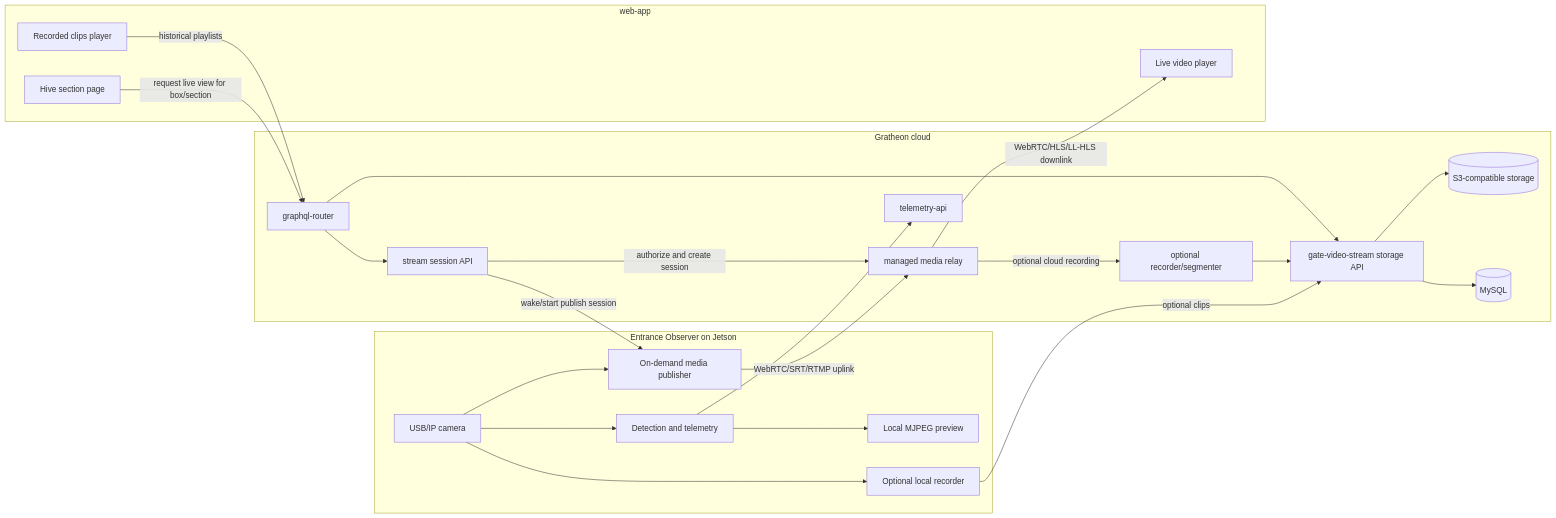
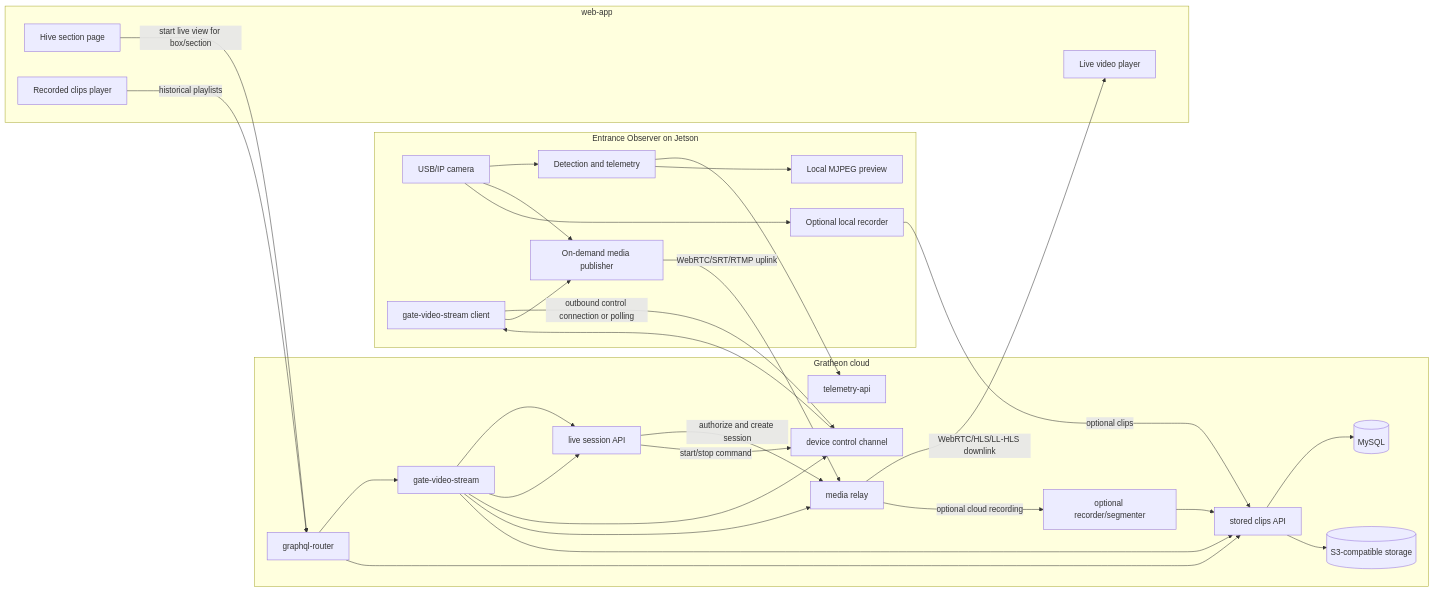
One commit to Gratheon/website2 changed the diagram in content/docs/entrance-observer/On-demand entrance video streaming.md. Above: the diagram before and after it, drawn with Mermaid. The commit also changed other lines of this file and 1 other file, not shown here.

Commit message:
Clarify gate-video-stream live video gateway role

````diff
--- a/content/docs/entrance-observer/On-demand entrance video streaming.md
+++ b/content/docs/entrance-observer/On-demand entrance video streaming.md
@@ -35,48 +43,60 @@
 ```mermaid
 flowchart LR
   subgraph Edge[Entrance Observer on Jetson]
     camera[USB/IP camera]
     detector[Detection and telemetry]
     localPreview[Local MJPEG preview]
     publisher[On-demand media publisher]
     recorder[Optional local recorder]
+    deviceClient[gate-video-stream client]
   end
 
   subgraph Cloud[Gratheon cloud]
     graphql[graphql-router]
-    signaling[stream session API]
-    relay[managed media relay]
+    gate[gate-video-stream]
+    liveApi[live session API]
+    control[device control channel]
+    relay[media relay]
     recorderSvc[optional recorder/segmenter]
-    gate[gate-video-stream storage API]
+    storedApi[stored clips API]
     telemetry[telemetry-api]
     s3[(S3-compatible storage)]
     mysql[(MySQL)]
   end
 
   subgraph UI[web-app]
     hivePage[Hive section page]
     player[Live video player]
     archive[Recorded clips player]
   end
 
   camera --> detector
   detector --> telemetry
   detector --> localPreview
   camera --> publisher
   camera --> recorder
+  deviceClient -->|outbound control connection or polling| control
 
-  hivePage -->|request live view for box/section| graphql
-  graphql --> signaling
-  signaling -->|authorize and create session| relay
-  signaling -->|wake/start publish session| publisher
+  hivePage -->|start live view for box/section| graphql
+  graphql --> gate
+  gate --> liveApi
+  liveApi -->|authorize and create session| relay
+  liveApi -->|start/stop command| control
+  control --> deviceClient
+  deviceClient --> publisher
   publisher -->|WebRTC/SRT/RTMP uplink| relay
   relay -->|WebRTC/HLS/LL-HLS downlink| player
 
-  recorder -->|optional clips| gate
+  recorder -->|optional clips| storedApi
   relay -->|optional cloud recording| recorderSvc
-  recorderSvc --> gate
-  gate --> mysql
-  gate --> s3
+  recorderSvc --> storedApi
+  storedApi --> mysql
+  storedApi --> s3
   archive -->|historical playlists| graphql
-  graphql --> gate
+  graphql --> storedApi
+
+  gate --> liveApi
+  gate --> control
+  gate --> relay
+  gate --> storedApi
 ```
````
